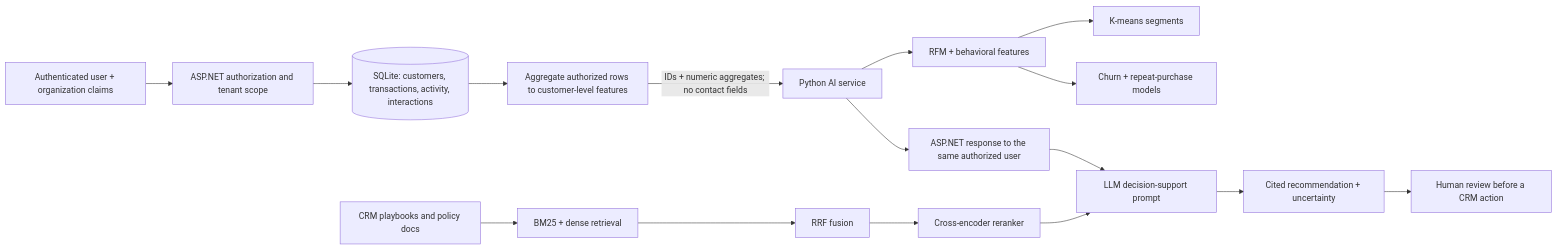
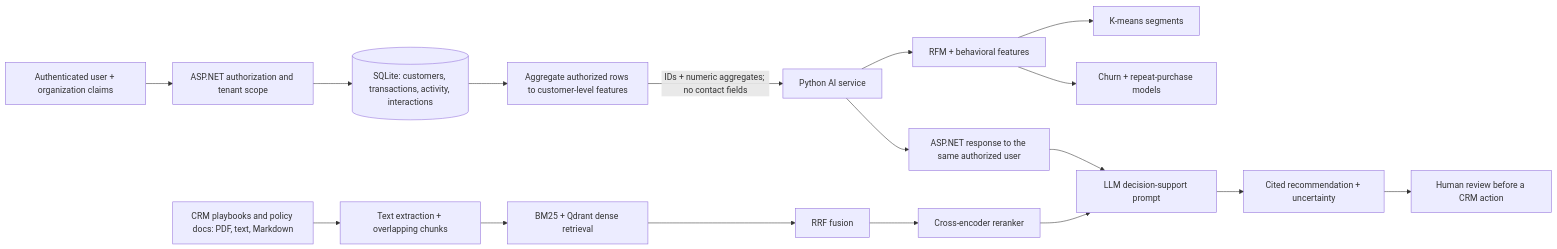
One commit to neethutuvr-tech/ai-crm-customer-intelligence changed the diagram in README.md. Above: the diagram before and after it, drawn with Mermaid. The commit also changed other lines of this file and 16 other files, not shown here.

Commit message:
Add local PDF and text RAG knowledge indexing

````diff
--- a/README.md
+++ b/README.md
@@ -13,18 +13,19 @@
 ```mermaid
 flowchart LR
     U[Authenticated user + organization claims] --> A[ASP.NET authorization and tenant scope]
     A --> DB[(SQLite: customers, transactions, activity, interactions)]
     DB --> B[Aggregate authorized rows to customer-level features]
     B -->|IDs + numeric aggregates; no contact fields| C[Python AI service]
     C --> D[RFM + behavioral features]
     D --> E[K-means segments]
     D --> F[Churn + repeat-purchase models]
     C --> G[ASP.NET response to the same authorized user]
-    H[CRM playbooks and policy docs] --> I[BM25 + dense retrieval]
-    I --> J[RRF fusion]
-    J --> K[Cross-encoder reranker]
+    H[CRM playbooks and policy docs: PDF, text, Markdown] --> I[Text extraction + overlapping chunks]
+    I --> J[BM25 + Qdrant dense retrieval]
+    J --> K[RRF fusion]
+    K --> R[Cross-encoder reranker]
     G --> L[LLM decision-support prompt]
-    K --> L
+    R --> L
     L --> M[Cited recommendation + uncertainty]
     M --> N[Human review before a CRM action]
 ```
````
